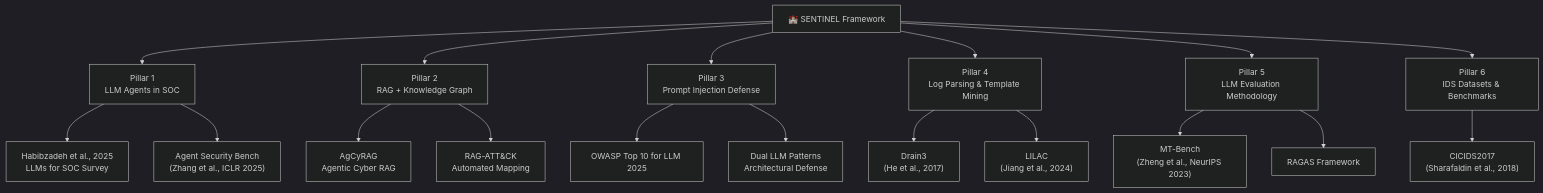
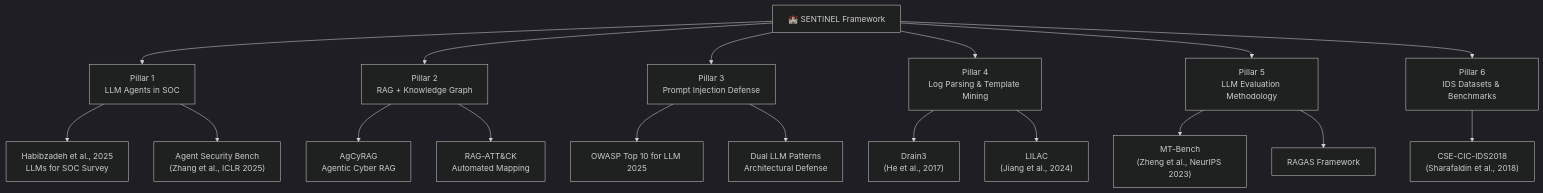
Before and after one commit to Binhchuoizzz/AI_Security_Graph: the diagram in docs/research_roadmap.md, drawn with Mermaid (dark theme). The commit also changed other lines of this file and 33 other files, not shown here.

````diff
--- a/docs/research_roadmap.md
+++ b/docs/research_roadmap.md
@@ -11,35 +11,35 @@
 ```mermaid
 graph TD
     SENTINEL["🏰 SENTINEL Framework"]
     
     P1["Pillar 1\nLLM Agents in SOC"]
     P2["Pillar 2\nRAG + Knowledge Graph"]
     P3["Pillar 3\nPrompt Injection Defense"]
     P4["Pillar 4\nLog Parsing & Template Mining"]
     P5["Pillar 5\nLLM Evaluation Methodology"]
     P6["Pillar 6\nIDS Datasets & Benchmarks"]
     
     SENTINEL --> P1
     SENTINEL --> P2
     SENTINEL --> P3
     SENTINEL --> P4
     SENTINEL --> P5
     SENTINEL --> P6
     
     P1 --> A1["Habibzadeh et al., 2025\nLLMs for SOC Survey"]
     P1 --> A2["Agent Security Bench\n(Zhang et al., ICLR 2025)"]
     
     P2 --> B1["AgCyRAG\nAgentic Cyber RAG"]
     P2 --> B2["RAG-ATT&CK\nAutomated Mapping"]
     
     P3 --> C1["OWASP Top 10 for LLM 2025"]
     P3 --> C2["Dual LLM Patterns\nArchitectural Defense"]
     
     P4 --> D1["Drain3\n(He et al., 2017)"]
     P4 --> D2["LILAC\n(Jiang et al., 2024)"]
     
     P5 --> E1["MT-Bench\n(Zheng et al., NeurIPS 2023)"]
     P5 --> E2["RAGAS Framework"]
     
-    P6 --> F1["CICIDS2017\n(Sharafaldin et al., 2018)"]
+    P6 --> F1["CSE-CIC-IDS2018\n(Sharafaldin et al., 2018)"]
 ```
````
